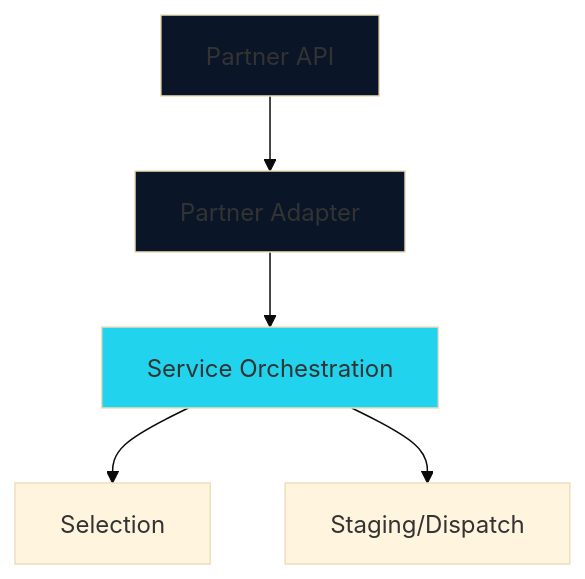
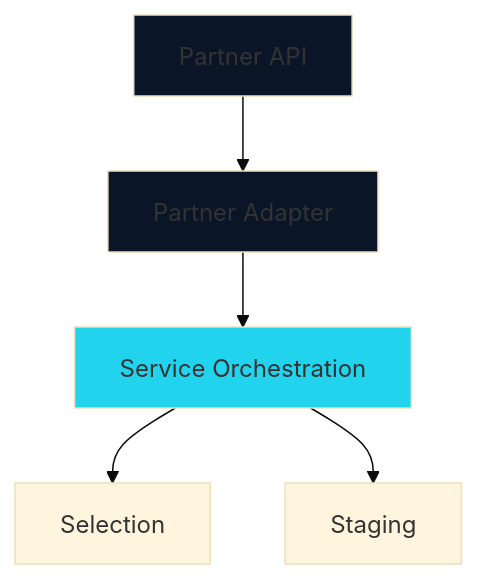
One commit to jeffstagg/portfolio changed the second of 3 diagrams in apps/Portfolio.React/public/content/projects/instacart-fulfillment.md. Above: the diagram before and after it, drawn with Mermaid (base theme). The commit also changed other lines of this file and 1 other file, not shown here.

````diff
--- a/apps/Portfolio.React/public/content/projects/instacart-fulfillment.md
+++ b/apps/Portfolio.React/public/content/projects/instacart-fulfillment.md
@@ -52,11 +54,11 @@
 ```mermaid
 graph TD
     A[Partner API] --> B[Partner Adapter]
     B --> C[Service Orchestration]
     C --> D[Selection]
-    C --> E[Staging/Dispatch]
+    C --> E[Staging]
 
     style A fill:#0A1628
     style B fill:#0A1628
     style C fill:#22D3EE
 ```
````
